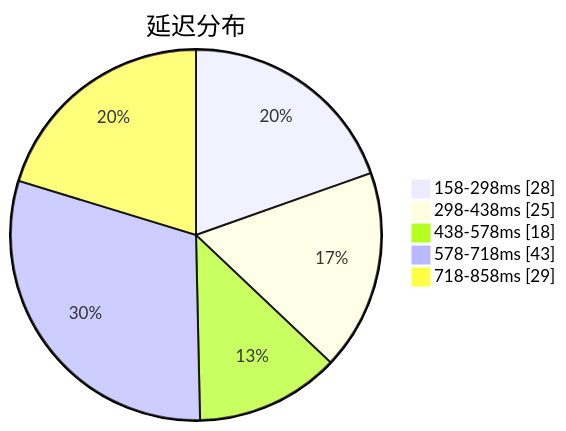
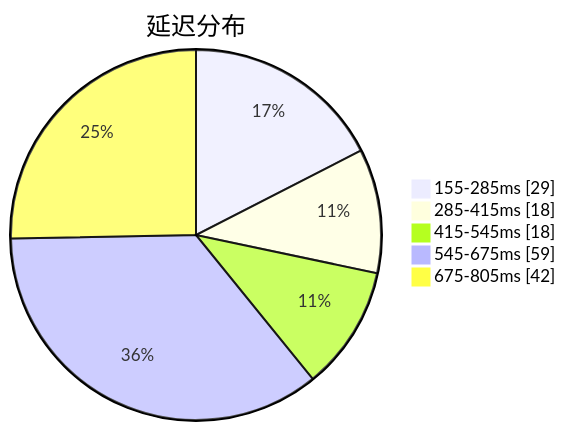
The first of 3 diagrams in subs/statistics/tested_within.md (qjlxg/airport), drawn with Mermaid before and after one commit. The commit also changed other lines of this file and 2 other files, not shown here.

````diff
--- a/subs/statistics/tested_within.md
+++ b/subs/statistics/tested_within.md
@@ -2,9 +2,9 @@
 ```mermaid
 pie showData
 title 延迟分布
-"158-298ms" : 28
-"298-438ms" : 25
-"438-578ms" : 18
-"578-718ms" : 43
-"718-858ms" : 29
+"155-285ms" : 29
+"285-415ms" : 18
+"415-545ms" : 18
+"545-675ms" : 59
+"675-805ms" : 42
 ```
````
